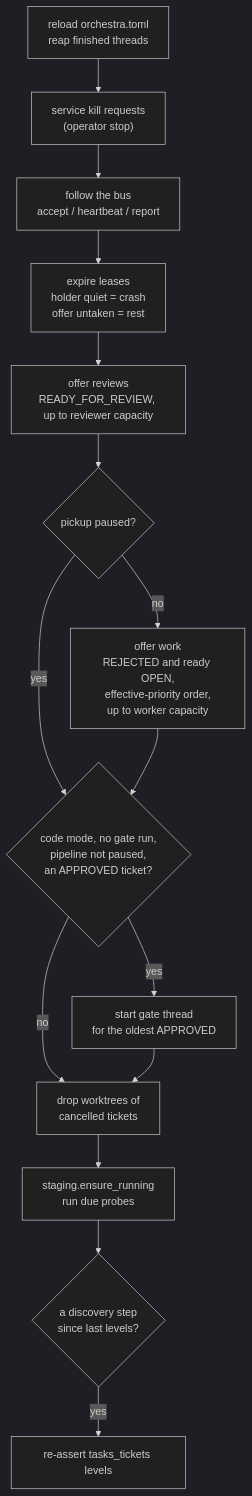
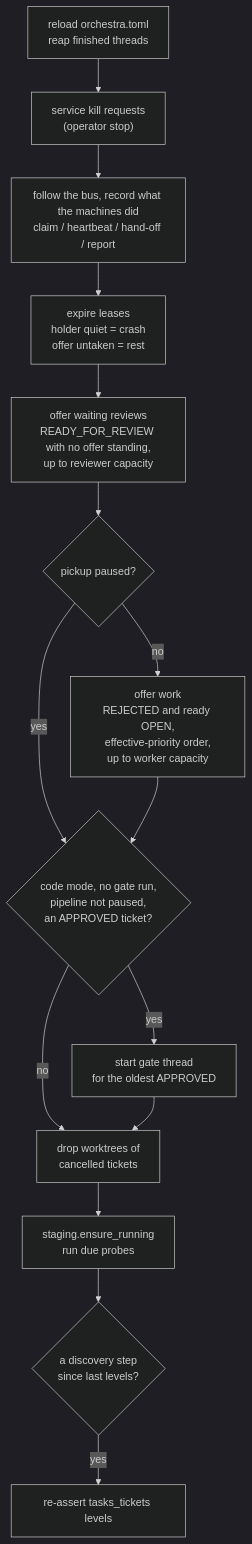
One commit to danroblewis/orchestra-tasking changed the third of 7 diagrams in ARCHITECTURE.md. Above: the diagram before and after it, drawn with Mermaid (dark theme). The commit also changed other lines of this file and 25 other files, not shown here.

First line of the commit message:
The record, not the hub (D17): work passes directly between machines

````diff
--- a/ARCHITECTURE.md
+++ b/ARCHITECTURE.md
@@ -269,17 +274,17 @@
 ```mermaid
 flowchart TD
     A["reload orchestra.toml<br/>reap finished threads"] --> B["service kill requests<br/>(operator stop)"]
-    B --> C["follow the bus<br/>accept / heartbeat / report"]
+    B --> C["follow the bus, record what the machines did<br/>claim / heartbeat / hand-off / report"]
     C --> D["expire leases<br/>holder quiet = crash<br/>offer untaken = rest"]
-    D --> E["offer reviews<br/>READY_FOR_REVIEW, up to reviewer capacity"]
+    D --> E["offer waiting reviews<br/>READY_FOR_REVIEW with no offer standing,<br/>up to reviewer capacity"]
     E --> F{"pickup paused?"}
     F -- no --> G["offer work<br/>REJECTED and ready OPEN,<br/>effective-priority order,<br/>up to worker capacity"]
     F -- yes --> H
     G --> H{"code mode, no gate run,<br/>pipeline not paused,<br/>an APPROVED ticket?"}
     H -- yes --> I["start gate thread<br/>for the oldest APPROVED"]
     H -- no --> J
     I --> J["drop worktrees of<br/>cancelled tickets"]
     J --> K["staging.ensure_running<br/>run due probes"]
     K --> L{"a discovery step<br/>since last levels?"}
     L -- yes --> M["re-assert tasks_tickets levels"]
 ```
````
